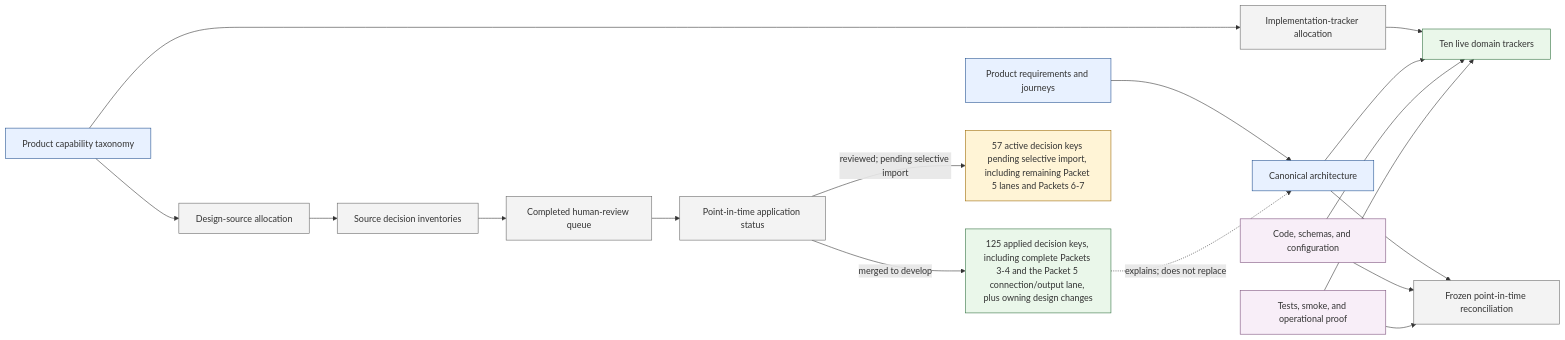
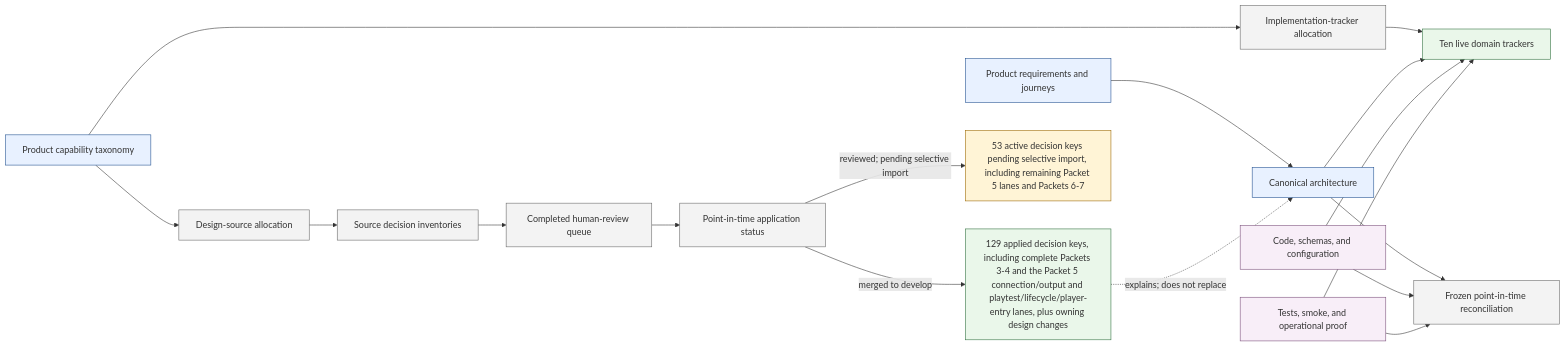
One commit to benhook1013/FireMUD changed the diagram in design/project-management/design-alignment/README.md. Above: the diagram before and after it, drawn with Mermaid. The commit also changed other lines of this file and 36 other files, not shown here.

Commit message:
docs: import playtest lifecycle decisions

````diff
--- a/design/project-management/design-alignment/README.md
+++ b/design/project-management/design-alignment/README.md
@@ -27,27 +27,27 @@
 ```mermaid
 flowchart LR
     PRODUCT[Product requirements and journeys]:::canonical --> ARCH[Canonical architecture]:::canonical
     TAXONOMY[Product capability taxonomy]:::canonical --> DESIGN_ALLOC[Design-source allocation]:::alignment
     DESIGN_ALLOC --> SOURCE_INV[Source decision inventories]:::alignment
     SOURCE_INV --> HUMAN_QUEUE[Completed human-review queue]:::alignment
     HUMAN_QUEUE --> APPLY[Point-in-time application status]:::alignment
-    APPLY -->|merged to develop| APPLIED_DECISIONS[125 applied decision keys, including complete Packets 3-4 and the Packet 5 connection/output lane, plus owning design changes]:::status
+    APPLY -->|merged to develop| APPLIED_DECISIONS[129 applied decision keys, including complete Packets 3-4 and the Packet 5 connection/output and playtest/lifecycle/player-entry lanes, plus owning design changes]:::status
     APPLIED_DECISIONS -. explains; does not replace .-> ARCH
-    APPLY -->|reviewed; pending selective import| PENDING[57 active decision keys pending selective import, including remaining Packet 5 lanes and Packets 6-7]:::pending
+    APPLY -->|reviewed; pending selective import| PENDING[53 active decision keys pending selective import, including remaining Packet 5 lanes and Packets 6-7]:::pending
 
     TAXONOMY --> TRACKER_ALLOC[Implementation-tracker allocation]:::alignment
     TRACKER_ALLOC --> TRACKERS[Ten live domain trackers]:::status
     ARCH --> TRACKERS
     CODE[Code, schemas, and configuration]:::evidence --> TRACKERS
     PROOF[Tests, smoke, and operational proof]:::evidence --> TRACKERS
 
     ARCH --> RECON[Frozen point-in-time reconciliation]:::alignment
     CODE --> RECON
     PROOF --> RECON
 
     classDef canonical fill:#e8f1ff,stroke:#1f4f8f
     classDef alignment fill:#f3f3f3,stroke:#666
     classDef pending fill:#fff4d6,stroke:#9a6700
     classDef status fill:#eaf7ea,stroke:#2f6f3e
     classDef evidence fill:#f8eef8,stroke:#7a4e7a
 ```
````
